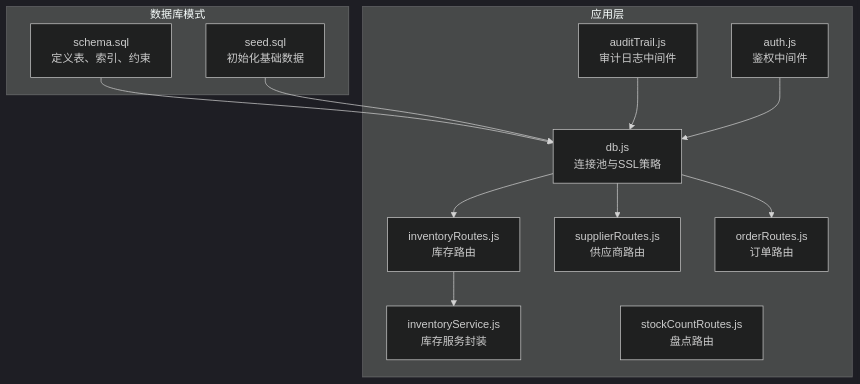
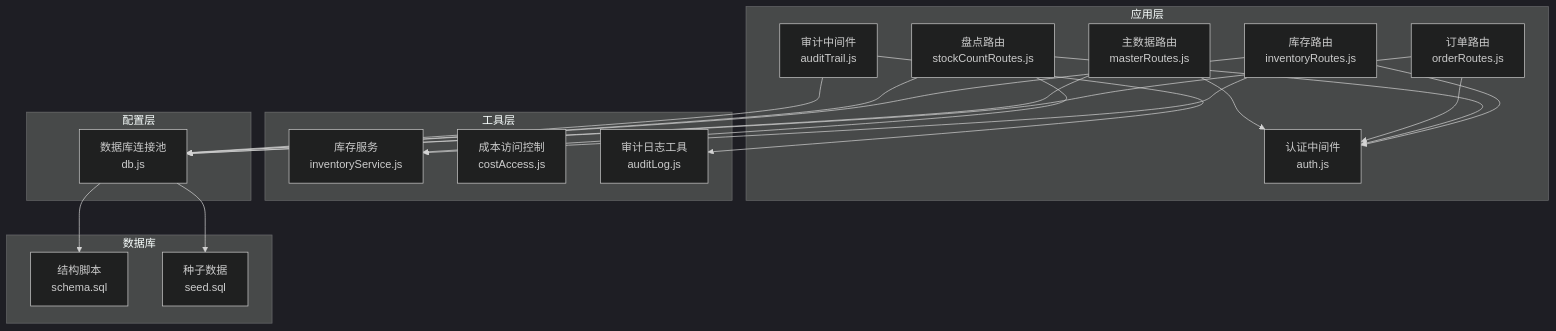
One commit to Juny09/inventory_system changed the first of 6 diagrams in .qoder/repowiki/zh/content/数据库设计/数据库设计.md. Above: the diagram before and after it, drawn with Mermaid (dark theme). The commit also changed other lines of this file and 171 other files, not shown here.

````diff
--- a/.qoder/repowiki/zh/content/数据库设计/数据库设计.md
+++ b/.qoder/repowiki/zh/content/数据库设计/数据库设计.md
@@ -39,25 +37,37 @@
 ```mermaid
 graph TB
-subgraph "数据库模式"
-SCHEMA["schema.sql<br/>定义表、索引、约束"]
-SEED["seed.sql<br/>初始化基础数据"]
+subgraph "应用层"
+RInv["库存路由<br/>inventoryRoutes.js"]
+RStock["盘点路由<br/>stockCountRoutes.js"]
+ROrd["订单路由<br/>orderRoutes.js"]
+RMaster["主数据路由<br/>masterRoutes.js"]
+MAuth["认证中间件<br/>auth.js"]
+MAudit["审计中间件<br/>auditTrail.js"]
 end
-subgraph "应用层"
-CFG["db.js<br/>连接池与SSL策略"]
-AUTH["auth.js<br/>鉴权中间件"]
-AUDIT["auditTrail.js<br/>审计日志中间件"]
-INV_ROUTES["inventoryRoutes.js<br/>库存路由"]
-SUP_ROUTES["supplierRoutes.js<br/>供应商路由"]
-ORD_ROUTES["orderRoutes.js<br/>订单路由"]
-INV_SRV["inventoryService.js<br/>库存服务封装"]
-STOCK_COUNT["stockCountRoutes.js<br/>盘点路由"]
+subgraph "工具层"
+UInv["库存服务<br/>inventoryService.js"]
+UCst["成本访问控制<br/>costAccess.js"]
+UAudit["审计日志工具<br/>auditLog.js"]
 end
-SCHEMA --> CFG
-SEED --> CFG
-CFG --> INV_ROUTES
-CFG --> SUP_ROUTES
-CFG --> ORD_ROUTES
-INV_ROUTES --> INV_SRV
-AUDIT --> CFG
-AUTH --> CFG
+subgraph "配置层"
+CfgDB["数据库连接池<br/>db.js"]
+end
+subgraph "数据库"
+Schema["结构脚本<br/>schema.sql"]
+Seed["种子数据<br/>seed.sql"]
+end
+RInv --> UInv
+RStock --> UInv
+ROrd --> CfgDB
+RMaster --> CfgDB
+RInv --> CfgDB
+RStock --> CfgDB
+MAudit --> UAudit
+MAudit --> CfgDB
+RInv --> MAuth
+RStock --> MAuth
+ROrd --> MAuth
+RMaster --> MAuth
+CfgDB --> Schema
+CfgDB --> Seed
 ```
````
